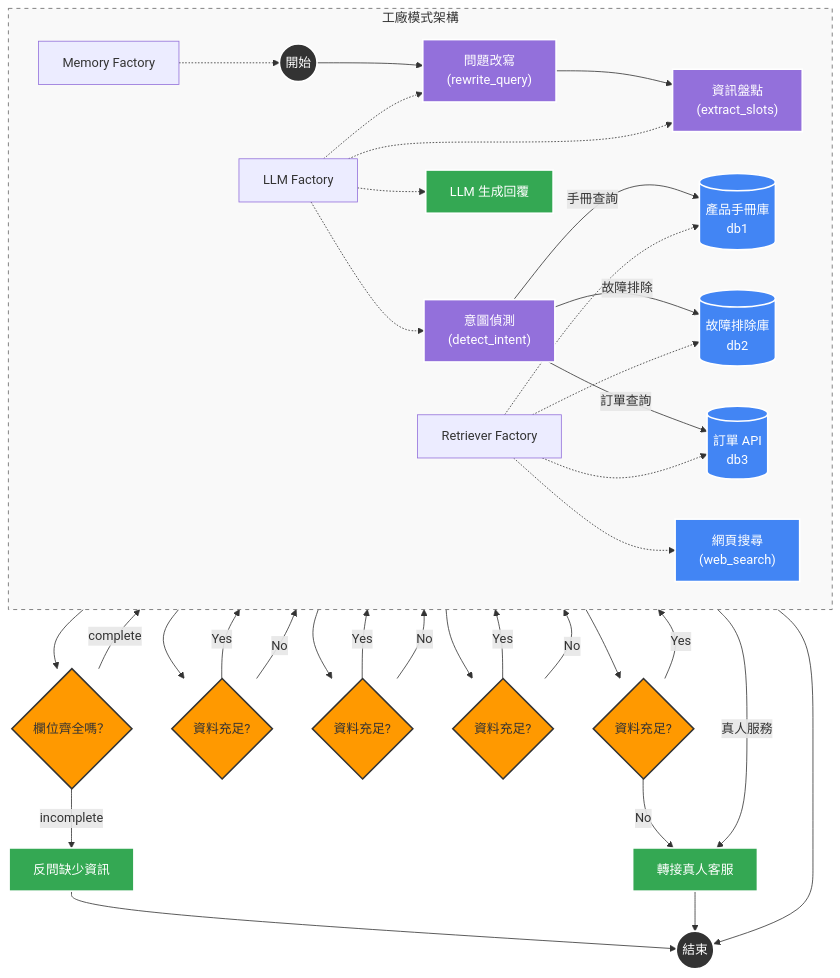
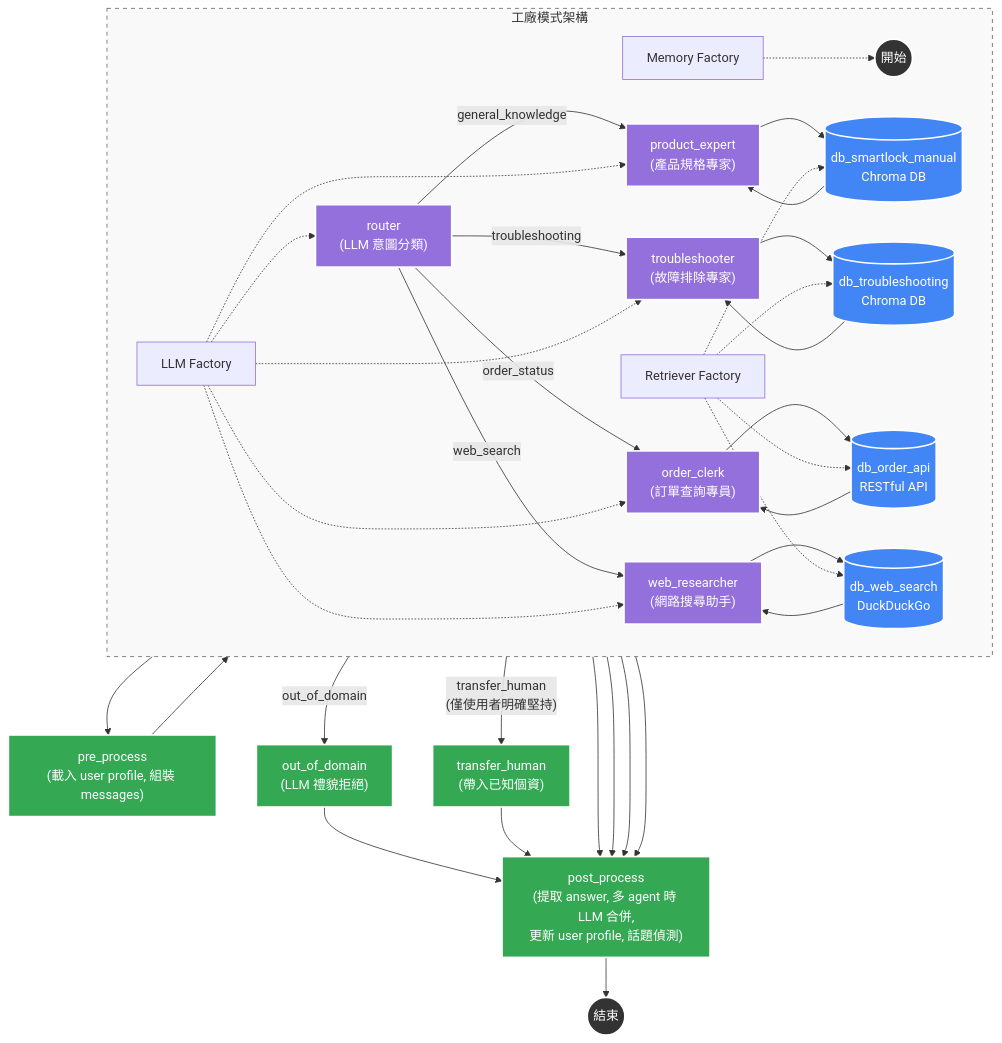
One commit to Imding1211/lock_AI_Agent changed the diagram in docs/系統架構與流程圖.md. Above: the diagram before and after it, drawn with Mermaid. The commit also changed other lines of this file and 8 other files, not shown here.

First line of the commit message:
refactor: 拆分 post_process 為 merge_answers / update_profile / post_process 三節點

````diff
--- a/docs/系統架構與流程圖.md
+++ b/docs/系統架構與流程圖.md
@@ -3,58 +3,53 @@
 ```mermaid
 graph TD
     %% 節點樣式定義
     classDef startEnd fill:#333,stroke:#fff,stroke-width:2px,color:#fff;
     classDef llmNode fill:#9370DB,stroke:#fff,stroke-width:2px,color:#fff;
     classDef decision fill:#ff9900,stroke:#333,stroke-width:2px;
     classDef dbNode fill:#4285f4,stroke:#fff,stroke-width:2px,color:#fff;
     classDef actionNode fill:#34a853,stroke:#fff,stroke-width:2px,color:#fff;
     classDef note fill:#f9f9f9,stroke:#666,stroke-dasharray: 5 5;
 
     %% 核心流程
-    START((開始)):::startEnd --> rewrite["問題改寫<br/>(rewrite_query)"]:::llmNode
-    
-    rewrite --> extract["資訊盤點<br/>(extract_slots)"]:::llmNode
-    extract --> check_slots{"欄位齊全嗎？"}:::decision
-    
-    check_slots -- "incomplete" --> ask["反問缺少資訊"]:::actionNode
-    ask --> END((結束)):::startEnd
-    
-    check_slots -- "complete" --> intent["意圖偵測<br/>(detect_intent)"]:::llmNode
-    
-    %% 意圖分流與降級鏈
-    intent -- "手冊查詢" --> db1[("產品手冊庫<br/>db1")]:::dbNode
-    intent -- "故障排除" --> db2[("故障排除庫<br/>db2")]:::dbNode
-    intent -- "訂單查詢" --> db3[("訂單 API<br/>db3")]:::dbNode
-    intent -- "真人服務" --> human["轉接真人客服"]:::actionNode
+    START((開始)):::startEnd --> pre_process["pre_process<br/>(載入 user profile, 組裝 messages)"]:::actionNode
+    pre_process --> router["router<br/>(LLM 意圖分類)"]:::llmNode
 
-    %% 降級判斷邏輯 (The Fallback Chain)
-    db1 --> check1{"資料充足?"}:::decision
-    check1 -- "Yes" --> generate
-    check1 -- "No" --> db2
+    %% 意圖分流（Send() fan-out，多意圖可平行派發）
+    router -- "general_knowledge" --> PE["product_expert<br/>(產品規格專家)"]:::llmNode
+    router -- "troubleshooting" --> TS["troubleshooter<br/>(故障排除專家)"]:::llmNode
+    router -- "order_status" --> OC["order_clerk<br/>(訂單查詢專員)"]:::llmNode
+    router -- "web_search" --> WR["web_researcher<br/>(網路搜尋助手)"]:::llmNode
+    router -- "out_of_domain" --> OOD["out_of_domain<br/>(LLM 禮貌拒絕)"]:::actionNode
+    router -- "transfer_human<br/>(僅使用者明確堅持)" --> HUMAN["transfer_human<br/>(帶入已知個資)"]:::actionNode
 
-    db2 --> check2{"資料充足?"}:::decision
-    check2 -- "Yes" --> generate
-    check2 -- "No" --> db3
+    %% Agent 子圖（agent_llm ↔ tool_node 迴圈）
+    PE --> PE_TOOL[("db_smartlock_manual<br/>Chroma DB")]:::dbNode
+    TS --> TS_TOOL[("db_troubleshooting<br/>Chroma DB")]:::dbNode
+    OC --> OC_TOOL[("db_order_api<br/>RESTful API")]:::dbNode
+    WR --> WR_TOOL[("db_web_search<br/>DuckDuckGo")]:::dbNode
 
-    db3 --> check3{"資料充足?"}:::decision
-    check3 -- "Yes" --> generate
-    check3 -- "No" --> web["網頁搜尋<br/>(web_search)"]:::dbNode
+    PE_TOOL --> PE
+    TS_TOOL --> TS
+    OC_TOOL --> OC
+    WR_TOOL --> WR
 
-    web --> check4{"資料充足?"}:::decision
-    check4 -- "Yes" --> generate
-    check4 -- "No" --> human
+    %% 匯流
+    PE --> post_process["post_process<br/>(提取 answer, 多 agent 時 LLM 合併,<br/>更新 user profile, 話題偵測)"]:::actionNode
+    TS --> post_process
+    OC --> post_process
+    WR --> post_process
+    OOD --> post_process
+    HUMAN --> post_process
 
-    %% 最終輸出
-    generate["LLM 生成回覆"]:::actionNode --> END
-    human --> END
+    post_process --> END((結束)):::startEnd
 
-    %% 底層支援 (Factory Pattern)
+    %% 底層支援
     subgraph Support_Layer [工廠模式架構]
         direction LR
-        f1[LLM Factory] -.-> rewrite & extract & intent & generate
+        f1[LLM Factory] -.-> router & PE & TS & OC & WR
         f2[Memory Factory] -.-> START
-        f3[Retriever Factory] -.-> db1 & db2 & db3 & web
+        f3[Retriever Factory] -.-> PE_TOOL & TS_TOOL & OC_TOOL & WR_TOOL
     end
     class Support_Layer note
 
 ```
````
